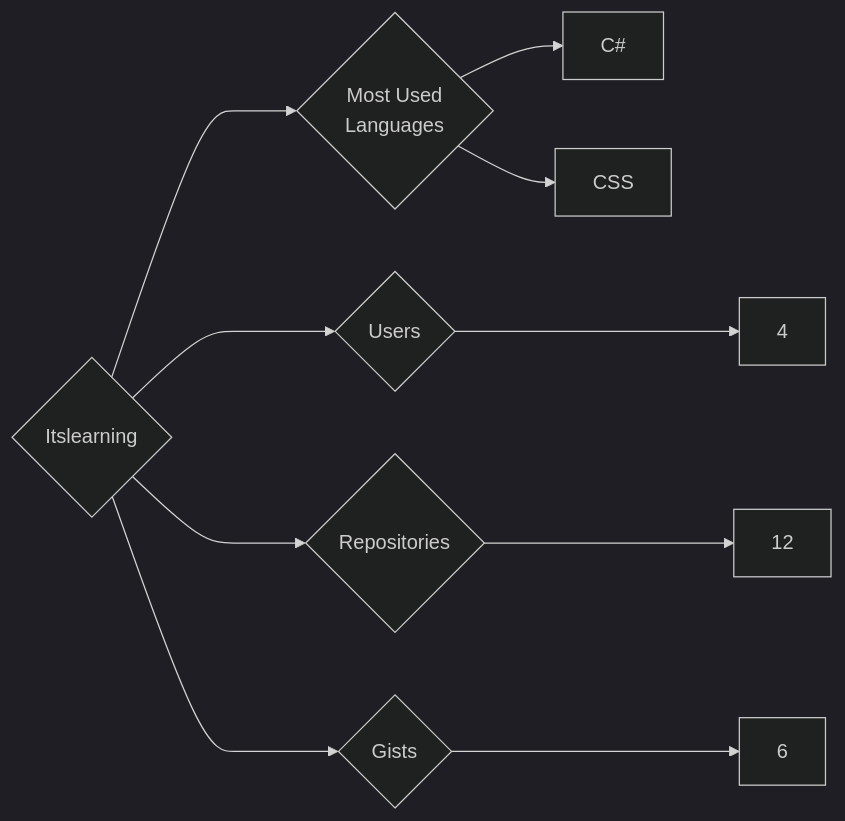
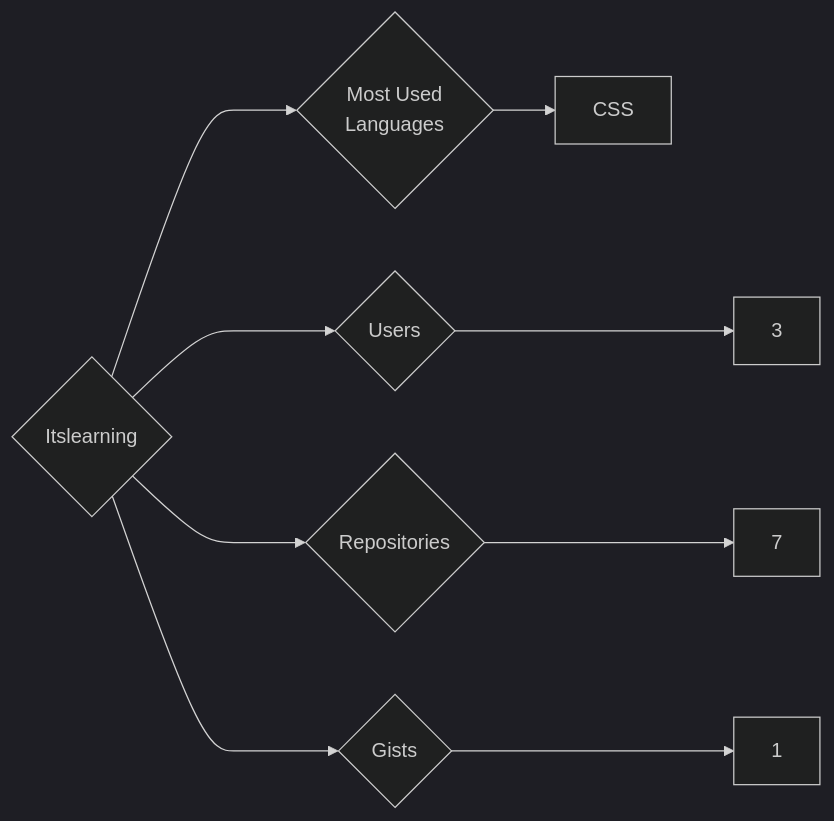
One commit to trickest/insiders changed the diagram in targets/Itslearning/README.md. Above: the diagram before and after it, drawn with Mermaid (dark theme). The commit also changed 997 other files, not shown here.

````diff
--- a/targets/Itslearning/README.md
+++ b/targets/Itslearning/README.md
@@ -3,10 +3,9 @@
 ```mermaid
 graph LR
 COMPANY_NAME{Itslearning}
-COMPANY_NAME ---> U{Users} ---> UN[4]
-COMPANY_NAME ---> R{Repositories} ---> RN[12]
-COMPANY_NAME ---> G{Gists} ---> GN[6]
+COMPANY_NAME ---> U{Users} ---> UN[3]
+COMPANY_NAME ---> R{Repositories} ---> RN[7]
+COMPANY_NAME ---> G{Gists} ---> GN[1]
 COMPANY_NAME ---> ML{Most Used<br>Languages}
-ML --> C#[C#]
 ML --> CSS[CSS]
 ```
````
